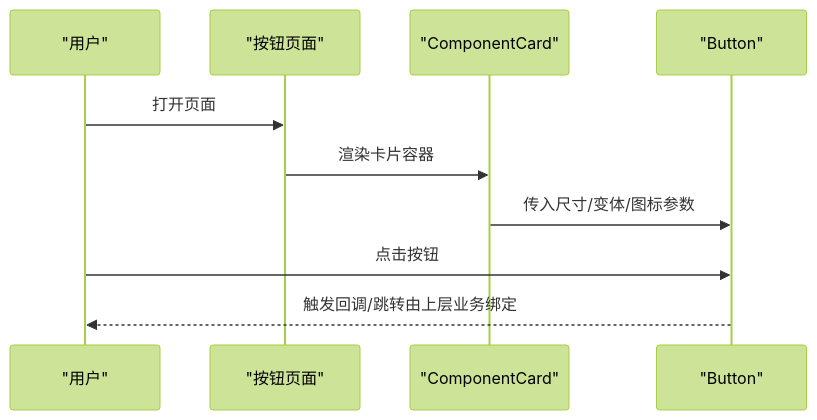
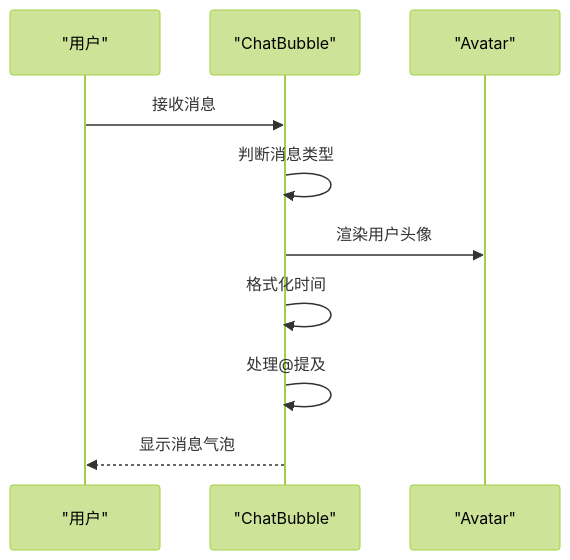
One commit to HAOFUYANG/nextjs-admin changed the third of 6 diagrams in .qoder/repowiki/zh/content/页面路由系统/页面类型组织结构/UI元素页面.md. Above: the diagram before and after it, drawn with Mermaid (forest theme). The commit also changed other lines of this file and 36 other files, not shown here.

````diff
--- a/.qoder/repowiki/zh/content/页面路由系统/页面类型组织结构/UI元素页面.md
+++ b/.qoder/repowiki/zh/content/页面路由系统/页面类型组织结构/UI元素页面.md
@@ -203,12 +185,12 @@
 ```mermaid
 sequenceDiagram
 participant U as "用户"
-participant P as "按钮页面"
-participant C as "ComponentCard"
-participant B as "Button"
-U->>P : 打开页面
-P->>C : 渲染卡片容器
-C->>B : 传入尺寸/变体/图标参数
-U->>B : 点击按钮
-B-->>U : 触发回调/跳转由上层业务绑定
+participant CB as "ChatBubble"
+participant AV as "Avatar"
+U->>CB : 接收消息
+CB->>CB : 判断消息类型
+CB->>AV : 渲染用户头像
+CB->>CB : 格式化时间
+CB->>CB : 处理@提及
+CB-->>U : 显示消息气泡
 ```
````
